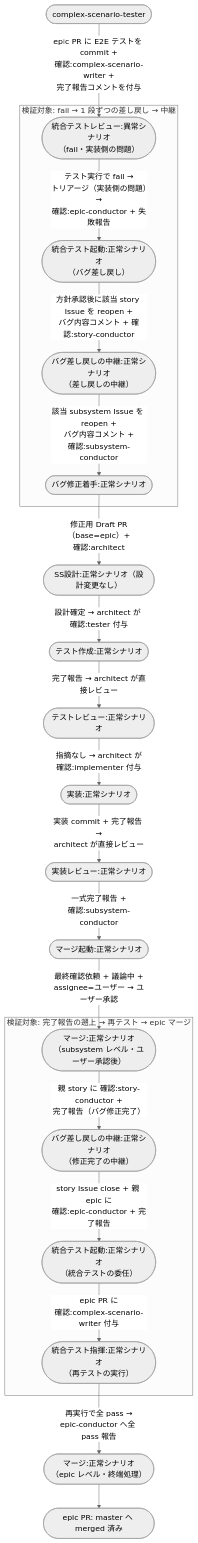
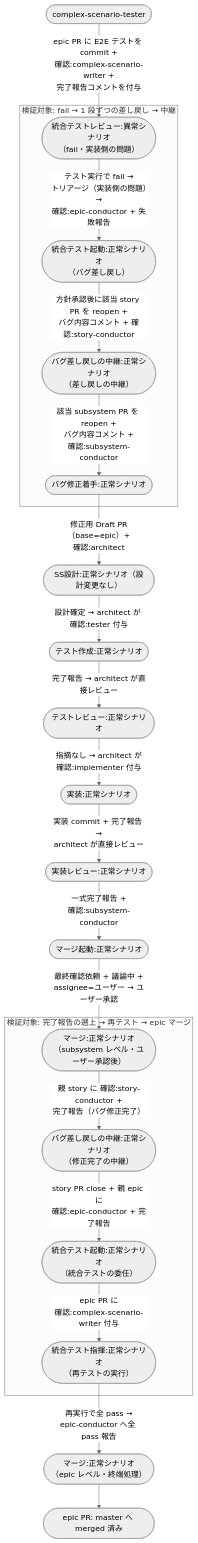
The diagram in docs/wiki/設計図/シナリオ/複合ユースケース/epic統合テスト失敗からのバグ修正.md (shuhei1101/ai-monitor), drawn with Mermaid (neutral theme) before and after one commit. The commit also changed other lines of this file and 256 other files, not shown here.

````diff
--- a/docs/wiki/設計図/シナリオ/複合ユースケース/epic統合テスト失敗からのバグ修正.md
+++ b/docs/wiki/設計図/シナリオ/複合ユースケース/epic統合テスト失敗からのバグ修正.md
@@ -28,43 +28,43 @@
 ```mermaid
 flowchart TD
   A0([complex-scenario-tester]) -->|epic PR に E2E テストを commit +<br>確認:complex-scenario-writer +<br>完了報告コメントを付与| UC1
 
   subgraph FOCUS1["検証対象: fail → 1 段ずつの差し戻し → 中継"]
     UC1([統合テストレビュー:異常シナリオ<br>（fail・実装側の問題）]) -->|テスト実行で fail →<br>トリアージ（実装側の問題）→<br>確認:epic-conductor + 失敗報告| UC3([統合テスト起動:正常シナリオ<br>（バグ差し戻し）])
-    UC3 -->|方針承認後に該当 story Issue を reopen +<br>バグ内容コメント + 確認:story-conductor| UC4([バグ差し戻しの中継:正常シナリオ<br>（差し戻しの中継）])
-    UC4 -->|該当 subsystem Issue を reopen +<br>バグ内容コメント +<br>確認:subsystem-conductor| UC5([バグ修正着手:正常シナリオ])
+    UC3 -->|方針承認後に該当 story PR を reopen +<br>バグ内容コメント + 確認:story-conductor| UC4([バグ差し戻しの中継:正常シナリオ<br>（差し戻しの中継）])
+    UC4 -->|該当 subsystem PR を reopen +<br>バグ内容コメント +<br>確認:subsystem-conductor| UC5([バグ修正着手:正常シナリオ])
   end
 
   UC5 -->|修正用 Draft PR（base=epic）+<br>確認:architect| UC6([SS設計:正常シナリオ（設計変更なし）])
   UC6 -->|設計確定 → architect が 確認:tester 付与| UC7([テスト作成:正常シナリオ])
   UC7 -->|完了報告 → architect が直接レビュー| UC8([テストレビュー:正常シナリオ])
   UC8 -->|指摘なし → architect が<br>確認:implementer 付与| UC9([実装:正常シナリオ])
   UC9 -->|実装 commit + 完了報告 →<br>architect が直接レビュー| UC10([実装レビュー:正常シナリオ])
   UC10 -->|一式完了報告 +<br>確認:subsystem-conductor| UC11([マージ起動:正常シナリオ])
   UC11 -->|最終確認依頼 + 議論中 +<br>assignee=ユーザー → ユーザー承認| UC12([マージ:正常シナリオ<br>（subsystem レベル・ユーザー承認後）])
 
   subgraph FOCUS2["検証対象: 完了報告の遡上 → 再テスト → epic マージ"]
     UC12 -->|親 story に 確認:story-conductor +<br>完了報告（バグ修正完了）| UC13([バグ差し戻しの中継:正常シナリオ<br>（修正完了の中継）])
-    UC13 -->|story Issue close + 親 epic に<br>確認:epic-conductor + 完了報告| UC14([統合テスト起動:正常シナリオ<br>（統合テストの委任）])
+    UC13 -->|story PR close + 親 epic に<br>確認:epic-conductor + 完了報告| UC14([統合テスト起動:正常シナリオ<br>（統合テストの委任）])
     UC14 -->|epic PR に<br>確認:complex-scenario-writer 付与| UC15([統合テスト指揮:正常シナリオ<br>（再テストの実行）])
   end
 
   UC15 -->|再実行で全 pass →<br>epic-conductor へ全 pass 報告| UC18([マージ:正常シナリオ<br>（epic レベル・終端処理）])
   UC18 --> DONE([epic PR: master へ merged 済み])
 
   click UC1 "../単一ユースケース/統合テストレビュー.md#異常シナリオfail実装側の問題"
   click UC3 "../単一ユースケース/統合テスト起動.md#正常シナリオバグ差し戻し"
   click UC4 "../単一ユースケース/バグ差し戻しの中継.md#正常シナリオ差し戻しの中継"
   click UC5 "../単一ユースケース/バグ修正着手.md#正常シナリオ"
   click UC6 "../単一ユースケース/SS設計.md#正常シナリオ設計変更なし"
   click UC7 "../単一ユースケース/テスト作成.md#正常シナリオ"
   click UC8 "../単一ユースケース/テストレビュー.md#正常シナリオ"
   click UC9 "../単一ユースケース/実装.md#正常シナリオ"
   click UC10 "../単一ユースケース/実装レビュー.md#正常シナリオ"
   click UC11 "../単一ユースケース/マージ起動.md#正常シナリオ"
   click UC12 "../単一ユースケース/マージ.md#正常シナリオsubsystem-レベルユーザー承認後"
   click UC13 "../単一ユースケース/バグ差し戻しの中継.md#正常シナリオ修正完了の中継"
   click UC14 "../単一ユースケース/統合テスト起動.md#正常シナリオ統合テストの委任"
   click UC15 "../単一ユースケース/統合テスト指揮.md#正常シナリオ再テストの実行"
   click UC18 "../単一ユースケース/マージ.md#正常シナリオepic-レベル終端処理"
 ```
````
